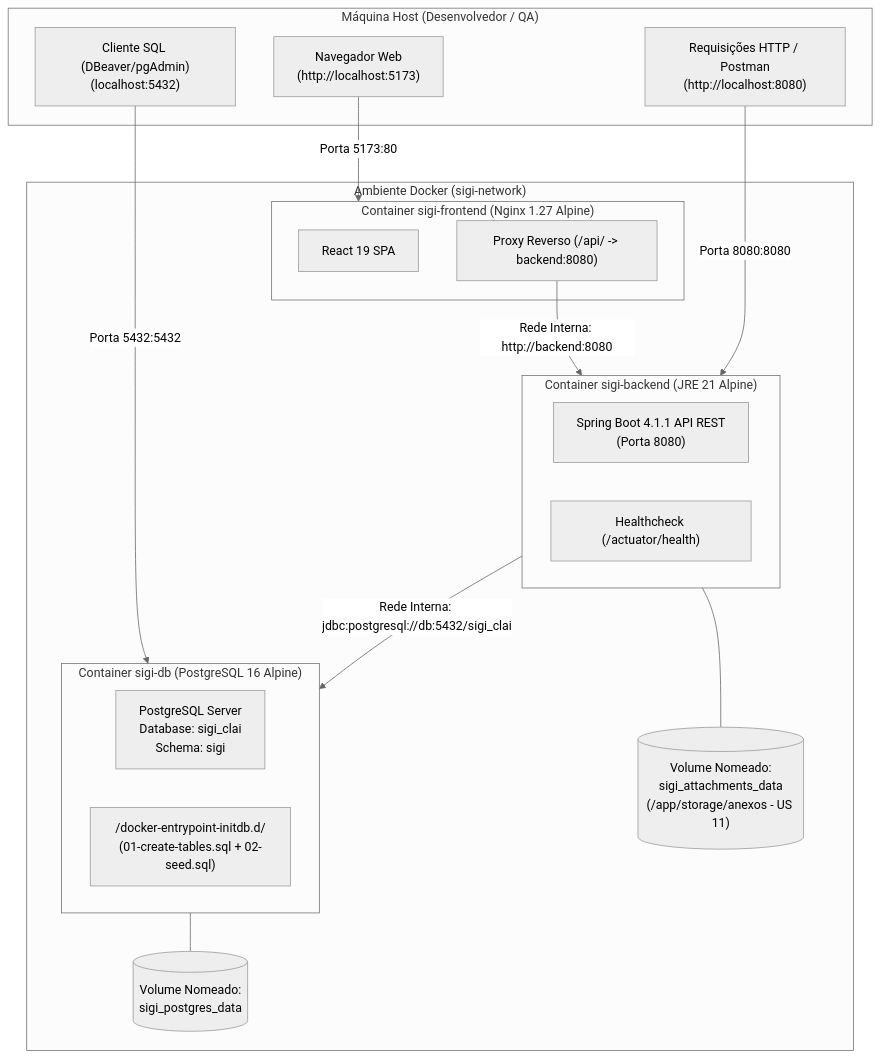
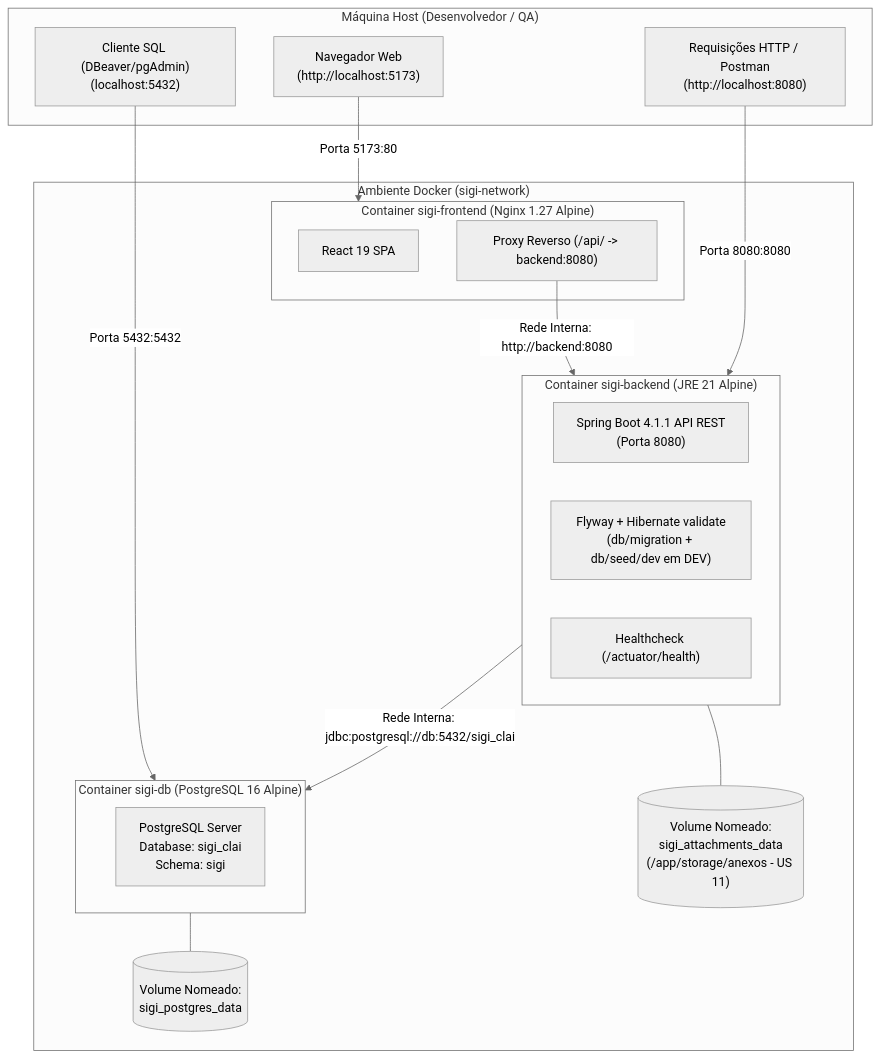
The diagram in DOCKER_GUIDE.md (NycollasVRG/Sistema-Integrado-de-Gestao-Inclusiva), drawn with Mermaid (neutral theme) before and after one commit. The commit also changed other lines of this file and 5 other files, not shown here.

````diff
--- a/DOCKER_GUIDE.md
+++ b/DOCKER_GUIDE.md
@@ -11,37 +11,37 @@
 ```mermaid
 flowchart TD
     subgraph Host["Máquina Host (Desenvolvedor / QA)"]
         Browser["Navegador Web\n(http://localhost:5173)"]
         ClientDB["Cliente SQL (DBeaver/pgAdmin)\n(localhost:5432)"]
         CurlAPI["Requisições HTTP / Postman\n(http://localhost:8080)"]
     end
 
     subgraph Docker["Ambiente Docker (sigi-network)"]
         subgraph FrontC["Container sigi-frontend (Nginx 1.27 Alpine)"]
             SPA["React 19 SPA"]
             Proxy["Proxy Reverso (/api/ -> backend:8080)"]
         end
 
         subgraph BackC["Container sigi-backend (JRE 21 Alpine)"]
             Spring["Spring Boot 4.1.1 API REST\n(Porta 8080)"]
+            Flyway["Flyway + Hibernate validate\n(db/migration + db/seed/dev em DEV)"]
             Actuator["Healthcheck (/actuator/health)"]
         end
 
         subgraph DbC["Container sigi-db (PostgreSQL 16 Alpine)"]
             PG["PostgreSQL Server\nDatabase: sigi_clai\nSchema: sigi"]
-            Init["/docker-entrypoint-initdb.d/\n(01-create-tables.sql + 02-seed.sql)"]
         end
 
         VolPostgres[("Volume Nomeado:\nsigi_postgres_data")]
         VolAttach[("Volume Nomeado:\nsigi_attachments_data\n(/app/storage/anexos - US 11)")]
     end
 
     Browser -->|Porta 5173:80| FrontC
     Proxy -->|Rede Interna: http://backend:8080| BackC
     CurlAPI -->|Porta 8080:8080| BackC
     ClientDB -->|Porta 5432:5432| DbC
     BackC -->|Rede Interna: jdbc:postgresql://db:5432/sigi_clai| DbC
 
     DbC --- VolPostgres
     BackC --- VolAttach
 ```
````
